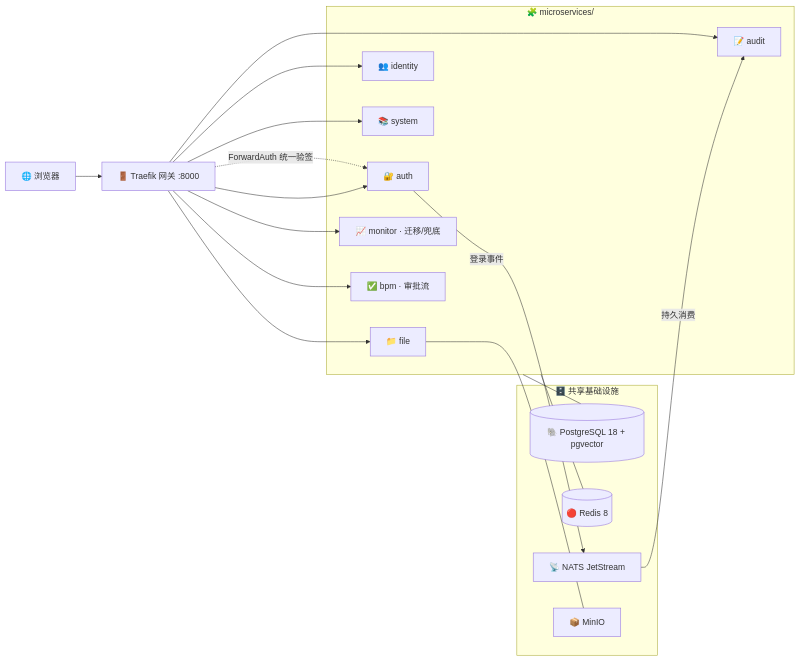
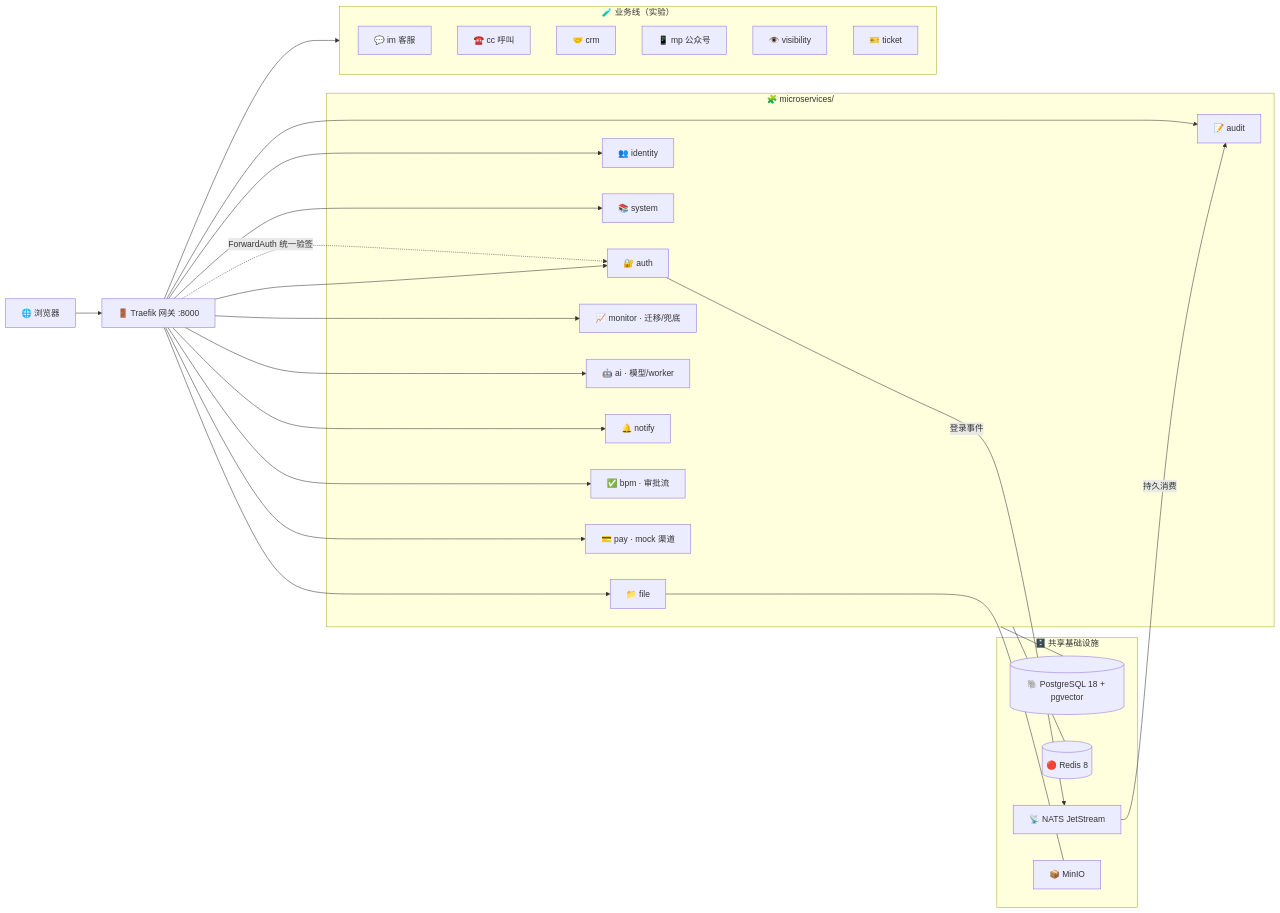
The diagram in data/readmes/SuperiorChuo__gopherforge.md (zqf20096327/dbhub_collect), drawn with Mermaid before and after one commit. The commit also changed other lines of this file and 434 other files, not shown here.

````diff
--- a/data/readmes/SuperiorChuo__gopherforge.md
+++ b/data/readmes/SuperiorChuo__gopherforge.md
@@ -175,28 +187,41 @@
 ```mermaid
 flowchart LR
     B["🌐 浏览器"] --> GW["🚪 Traefik 网关 :8000"]
 
     subgraph MS["🧩 microservices/"]
         AUTH["🔐 auth"]
         IDT["👥 identity"]
         SYS["📚 system"]
         AUD["📝 audit"]
         FILE["📁 file"]
         MON["📈 monitor · 迁移/兜底"]
+        AI["🤖 ai · 模型/worker"]
+        NTF["🔔 notify"]
         BPM["✅ bpm · 审批流"]
+        PAY["💳 pay · mock 渠道"]
+    end
+
+    subgraph BIZ["🧪 业务线（实验）"]
+        IMS["💬 im 客服"]
+        CCS["☎️ cc 呼叫"]
+        CRMS["🤝 crm"]
+        MPS["📱 mp 公众号"]
+        VIS["👁️ visibility"]
+        TKT["🎫 ticket"]
     end
 
     GW -. "ForwardAuth 统一验签" .-> AUTH
-    GW --> AUTH & IDT & SYS & AUD & FILE & MON & BPM
+    GW --> AUTH & IDT & SYS & AUD & FILE & MON & AI & NTF & BPM & PAY
+    GW --> BIZ
 
     subgraph INFRA["🗄️ 共享基础设施"]
         PG[("🐘 PostgreSQL 18 + pgvector")]
         RD[("🔴 Redis 8")]
         NATS["📡 NATS JetStream"]
         MC["📦 MinIO"]
     end
 
     MS --- PG & RD
     AUTH -- "登录事件" --> NATS -- "持久消费" --> AUD
     FILE --- MC
 ```
````
